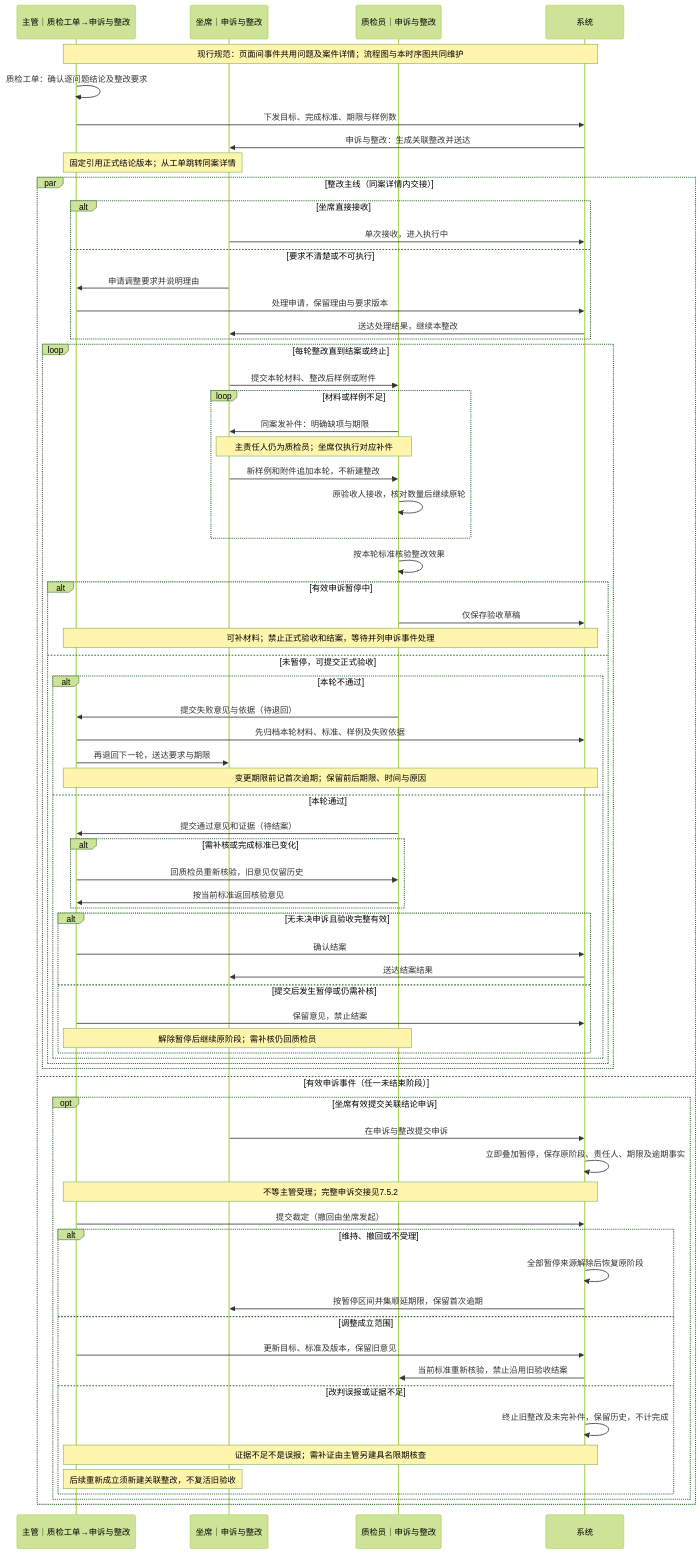
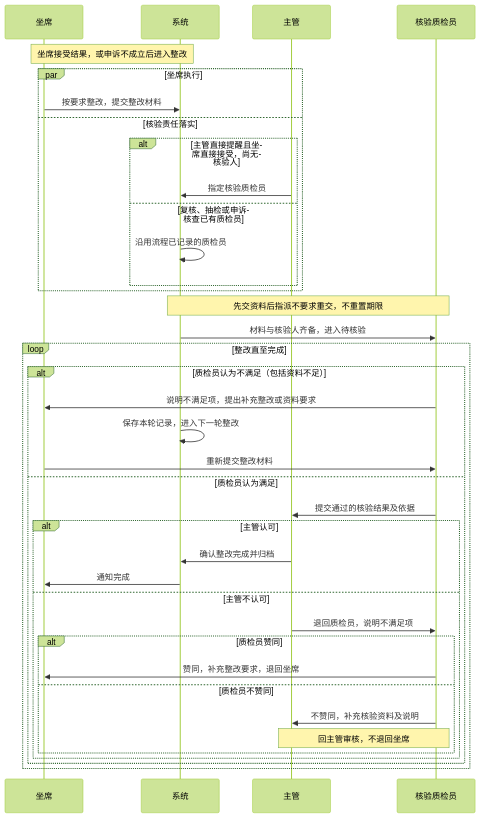
Before and after one commit to h-pl/bank-voice-qc-mvp-p0: the diagram in docs/reviews/时序图/03-整改验收.mmd, drawn with Mermaid (forest theme). The commit also changed 253 other files, not shown here.

```diff
--- a/docs/reviews/时序图/03-整改验收.mmd
+++ b/docs/reviews/时序图/03-整改验收.mmd
@@ -1,71 +1,39 @@
+%% 当前6001流程，2026-09-23；历史版本见 archive/流程图-20260923复核前
 sequenceDiagram
-    participant Q as 主管｜质检工单→申诉与整改
-    participant A as 坐席｜申诉与整改
-    participant I as 质检员｜申诉与整改
-    participant S as 系统
-    Note over Q,S: 现行规范：页面间事件共用问题及案件详情；流程图与本时序图共同维护
-    Q->>Q: 质检工单：确认逐问题结论及整改要求
-    Q->>S: 下发目标、完成标准、期限与样例数
-    S->>A: 申诉与整改：生成关联整改并送达
-    Note over Q,A: 固定引用正式结论版本；从工单跳转同案详情
-    par 整改主线（同案详情内交接）
-        alt 坐席直接接收
-            A->>S: 单次接收，进入执行中
-        else 要求不清楚或不可执行
-            A->>Q: 申请调整要求并说明理由
-            Q->>S: 处理申请，保留理由与要求版本
-            S->>A: 送达处理结果，继续本整改
-        end
-        loop 每轮整改直到结案或终止
-            A->>I: 提交本轮材料、整改后样例或附件
-            loop 材料或样例不足
-                I->>A: 同案发补件：明确缺项与期限
-                Note over A,I: 主责任人仍为质检员；坐席仅执行对应补件
-                A->>I: 新样例和附件追加本轮，不新建整改
-                I->>I: 原验收人接收，核对数量后继续原轮
-            end
-            I->>I: 按本轮标准核验整改效果
-            alt 有效申诉暂停中
-                I->>S: 仅保存验收草稿
-                Note over Q,S: 可补材料；禁止正式验收和结案，等待并列申诉事件处理
-            else 未暂停，可提交正式验收
-                alt 本轮不通过
-                    I->>Q: 提交失败意见与依据（待退回）
-                    Q->>S: 先归档本轮材料、标准、样例及失败依据
-                    Q->>A: 再退回下一轮，送达要求与期限
-                    Note over Q,S: 变更期限前记首次逾期；保留前后期限、时间与原因
-                else 本轮通过
-                    I->>Q: 提交通过意见和证据（待结案）
-                    alt 需补核或完成标准已变化
-                        Q->>I: 回质检员重新核验，旧意见仅留历史
-                        I->>Q: 按当前标准返回核验意见
-                    end
-                    alt 无未决申诉且验收完整有效
-                        Q->>S: 确认结案
-                        S->>A: 送达结案结果
-                    else 提交后发生暂停或仍需补核
-                        Q->>S: 保留意见，禁止结案
-                        Note over Q,I: 解除暂停后继续原阶段；需补核仍回质检员
-                    end
-                end
-            end
-        end
-    and 有效申诉事件（任一未结束阶段）
-        opt 坐席有效提交关联结论申诉
-            A->>S: 在申诉与整改提交申诉
-            S->>S: 立即叠加暂停，保存原阶段、责任人、期限及逾期事实
-            Note over Q,S: 不等主管受理；完整申诉交接见7.5.2
-            Q->>S: 提交裁定（撤回由坐席发起）
-            alt 维持、撤回或不受理
-                S->>S: 全部暂停来源解除后恢复原阶段
-                S->>A: 按暂停区间并集顺延期限，保留首次逾期
-            else 调整成立范围
-                Q->>S: 更新目标、标准及版本，保留旧意见
-                S->>I: 当前标准重新核验，禁止沿用旧验收结案
-            else 改判误报或证据不足
-                S->>S: 终止旧整改及未完补件，保留历史，不计完成
-                Note over Q,S: 证据不足不是误报；需补证由主管另建具名限期核查
-                Note over Q,A: 后续重新成立须新建关联整改，不复活旧验收
-            end
-        end
+ participant A as 坐席
+ participant S as 系统
+ participant M as 主管
+ participant Q as 核验质检员
+ Note over A,S: 坐席接受结果，或申诉不成立后进入整改
+ par 坐席执行
+  A->>S: 按要求整改，提交整改材料
+ and 核验责任落实
+  alt 主管直接提醒且坐席直接接受，尚无核验人
+   M->>S: 指定核验质检员
+  else 复核、抽检或申诉核查已有质检员
+   S->>S: 沿用流程已记录的质检员
+  end
+ end
+ Note over S,Q: 先交资料后指派不要求重交，不重置期限
+ S->>Q: 材料与核验人齐备，进入待核验
+ loop 整改直至完成
+  alt 质检员认为不满足（包括资料不足）
+   Q->>A: 说明不满足项，提出补充整改或资料要求
+   S->>S: 保存本轮记录，进入下一轮整改
+   A->>Q: 重新提交整改材料
+  else 质检员认为满足
+   Q->>M: 提交通过的核验结果及依据
+   alt 主管认可
+    M->>S: 确认整改完成并归档
+    S->>A: 通知完成
+   else 主管不认可
+    M->>Q: 退回质检员，说明不满足项
+    alt 质检员赞同
+     Q->>A: 赞同，补充整改要求，退回坐席
+    else 质检员不赞同
+     Q->>M: 不赞同，补充核验资料及说明
+     Note over M,Q: 回主管审核，不退回坐席
     end
+   end
+  end
+ end
```
